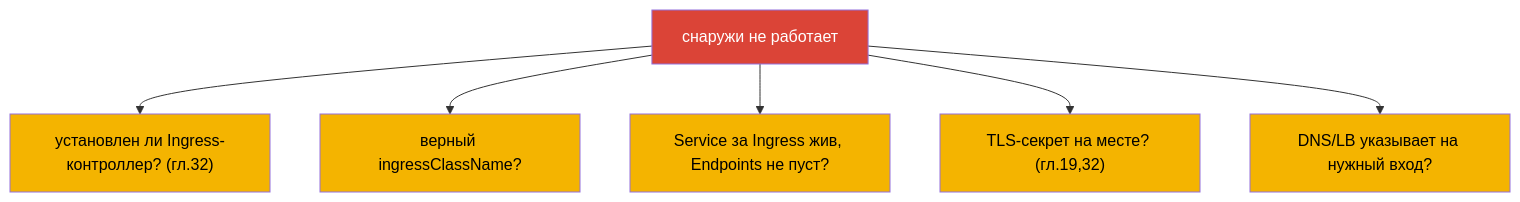
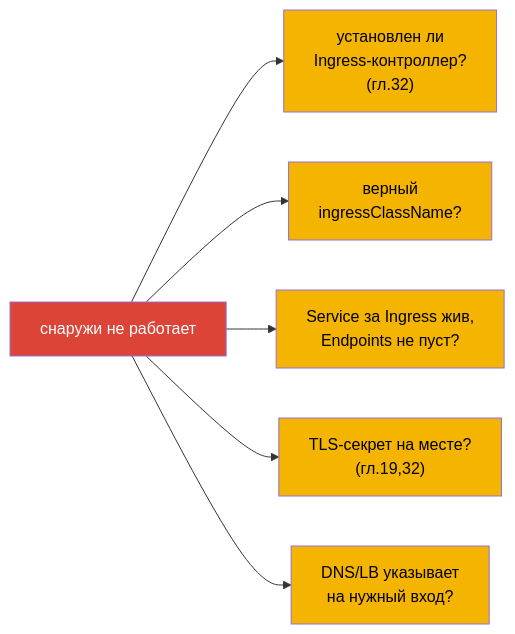
The sixth of 7 diagrams in tasks/cka/course/46/ru.md (ViktorUJ/cks), drawn with Mermaid before and after one commit. The commit also changed other lines of this file and 30 other files, not shown here.

````diff
--- a/tasks/cka/course/46/ru.md
+++ b/tasks/cka/course/46/ru.md
@@ -145,14 +145,14 @@
 ```mermaid
-flowchart TB
-    ext["снаружи не работает"] --> c1["установлен ли Ingress-контроллер? (гл.32)"]
-    ext --> c2["верный ingressClassName?"]
-    ext --> c3["Service за Ingress жив, Endpoints не пуст?"]
-    ext --> c4["TLS-секрет на месте? (гл.19,32)"]
-    ext --> c5["DNS/LB указывает на нужный вход?"]
+flowchart LR
+    ext["снаружи не работает"] --> c1["установлен ли<br>Ingress-контроллер?<br>(гл.32)"]
+    ext --> c2["верный<br>ingressClassName?"]
+    ext --> c3["Service за Ingress жив,<br>Endpoints не пуст?"]
+    ext --> c4["TLS-секрет на месте?<br>(гл.19,32)"]
+    ext --> c5["DNS/LB указывает<br>на нужный вход?"]
     style ext fill:#db4437,color:#fff
     style c1 fill:#f4b400,color:#000
     style c2 fill:#f4b400,color:#000
     style c3 fill:#f4b400,color:#000
     style c4 fill:#f4b400,color:#000
     style c5 fill:#f4b400,color:#000
 ```
````
